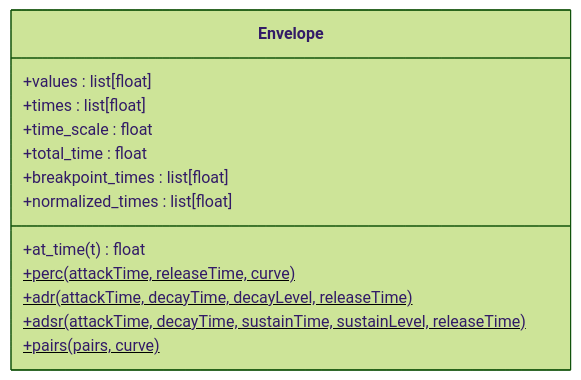
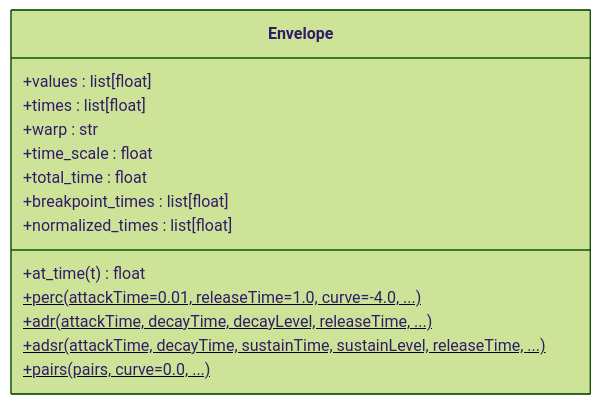
Before and after one commit to kr4g/Klotho: the second of 4 diagrams in docs/architecture/04_DYNATOS.md, drawn with Mermaid (forest theme). The commit also changed other lines of this file and 14 other files, not shown here.

First line of the commit message:
Refresh architecture docs and Sphinx index for 10.x API (10.11.1)

````diff
--- a/docs/architecture/04_DYNATOS.md
+++ b/docs/architecture/04_DYNATOS.md
@@ -97,16 +97,17 @@
 ```mermaid
 classDiagram
     class Envelope {
         +values : list[float]
         +times : list[float]
+        +warp : str
         +time_scale : float
         +total_time : float
         +breakpoint_times : list[float]
         +normalized_times : list[float]
         +at_time(t) float
-        +perc(attackTime, releaseTime, curve)$
-        +adr(attackTime, decayTime, decayLevel, releaseTime)$
-        +adsr(attackTime, decayTime, sustainTime, sustainLevel, releaseTime)$
-        +pairs(pairs, curve)$
+        +perc(attackTime=0.01, releaseTime=1.0, curve=-4.0, ...)$
+        +adr(attackTime, decayTime, decayLevel, releaseTime, ...)$
+        +adsr(attackTime, decayTime, sustainTime, sustainLevel, releaseTime, ...)$
+        +pairs(pairs, curve=0.0, ...)$
     }
 ```
````
